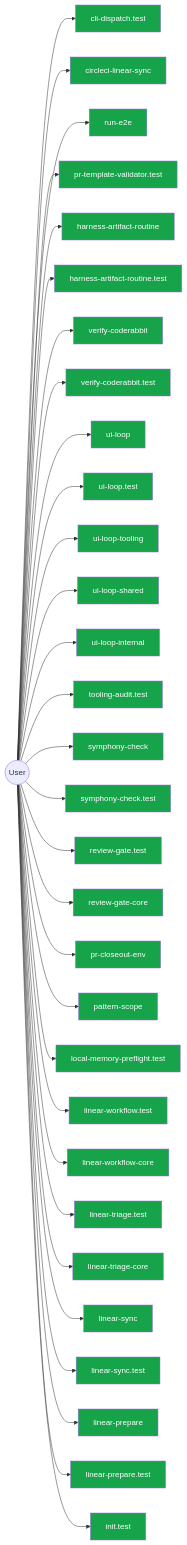
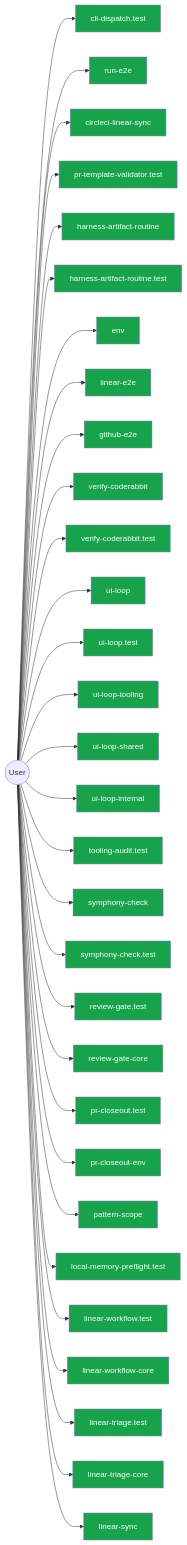
Before and after one commit to jscraik/coding-harness: diagram 14 of 14 in AI/context/diagram-context.md, drawn with Mermaid. The commit also changed other lines of this file and 4 other files, not shown here.

````diff
--- a/AI/context/diagram-context.md
+++ b/AI/context/diagram-context.md
@@ -2022,67 +2045,67 @@
 ```mermaid
 flowchart LR
   User(("User"))
   cli_dispatch_test_54c9f17b["cli-dispatch.test"]
   User --> cli_dispatch_test_54c9f17b
+  run_e2e_39efe696["run-e2e"]
+  User --> run_e2e_39efe696
   circleci_linear_sync_19c0d6da["circleci-linear-sync"]
   User --> circleci_linear_sync_19c0d6da
-  run_e2e_39efe696["run-e2e"]
-  User --> run_e2e_39efe696
   pr_template_validator_test_569b1cef["pr-template-validator.test"]
   User --> pr_template_validator_test_569b1cef
   harness_artifact_routine_17afacff["harness-artifact-routine"]
   User --> harness_artifact_routine_17afacff
   harness_artifact_routine_test_299f387d["harness-artifact-routine.test"]
   User --> harness_artifact_routine_test_299f387d
+  env_b77349bf["env"]
+  User --> env_b77349bf
+  linear_e2e_decf3708["linear-e2e"]
+  User --> linear_e2e_decf3708
+  github_e2e_2891a341["github-e2e"]
+  User --> github_e2e_2891a341
   verify_coderabbit_490b4e71["verify-coderabbit"]
   User --> verify_coderabbit_490b4e71
   verify_coderabbit_test_46cfcf29["verify-coderabbit.test"]
   User --> verify_coderabbit_test_46cfcf29
   ui_loop_11660889["ui-loop"]
   User --> ui_loop_11660889
   ui_loop_test_f0eabc42["ui-loop.test"]
   User --> ui_loop_test_f0eabc42
   ui_loop_tooling_12b2d2c7["ui-loop-tooling"]
   User --> ui_loop_tooling_12b2d2c7
   ui_loop_shared_8c83b841["ui-loop-shared"]
   User --> ui_loop_shared_8c83b841
   ui_loop_internal_f2eb8892["ui-loop-internal"]
   User --> ui_loop_internal_f2eb8892
   tooling_audit_test_d2aee28c["tooling-audit.test"]
   User --> tooling_audit_test_d2aee28c
   symphony_check_e97f2ea0["symphony-check"]
   User --> symphony_check_e97f2ea0
   symphony_check_test_6cb33eb2["symphony-check.test"]
   User --> symphony_check_test_6cb33eb2
   review_gate_test_000e2ed6["review-gate.test"]
   User --> review_gate_test_000e2ed6
   review_gate_core_4c8001f9["review-gate-core"]
   User --> review_gate_core_4c8001f9
+  pr_closeout_test_1_be1a0df1["pr-closeout.test"]
+  User --> pr_closeout_test_1_be1a0df1
   pr_closeout_env_9bfcd9ef["pr-closeout-env"]
   User --> pr_closeout_env_9bfcd9ef
   pattern_scope_61ff946d["pattern-scope"]
   User --> pattern_scope_61ff946d
   local_memory_preflight_test_5e323bbf["local-memory-preflight.test"]
   User --> local_memory_preflight_test_5e323bbf
   linear_workflow_test_a351dcb0["linear-workflow.test"]
   User --> linear_workflow_test_a351dcb0
   linear_workflow_core_0e19cff4["linear-workflow-core"]
   User --> linear_workflow_core_0e19cff4
   linear_triage_test_1b75a8b8["linear-triage.test"]
   User --> linear_triage_test_1b75a8b8
   linear_triage_core_7cbca73e["linear-triage-core"]
   User --> linear_triage_core_7cbca73e
   linear_sync_a2fa2bf7["linear-sync"]
   User --> linear_sync_a2fa2bf7
-  linear_sync_test_da1e1eab["linear-sync.test"]
-  User --> linear_sync_test_da1e1eab
-  linear_prepare_0c613ba6["linear-prepare"]
-  User --> linear_prepare_0c613ba6
-  linear_prepare_test_678f11a9["linear-prepare.test"]
-  User --> linear_prepare_test_678f11a9
-  init_test_cbba76a6["init.test"]
-  User --> init_test_cbba76a6
   classDef userNode fill:#16a34a,color:#fff
-  class cli_dispatch_test_54c9f17b,circleci_linear_sync_19c0d6da,run_e2e_39efe696,pr_template_validator_test_569b1cef,harness_artifact_routine_17afacff,harness_artifact_routine_test_299f387d,verify_coderabbit_490b4e71,verify_coderabbit_test_46cfcf29,ui_loop_11660889,ui_loop_test_f0eabc42,ui_loop_tooling_12b2d2c7,ui_loop_shared_8c83b841,ui_loop_internal_f2eb8892,tooling_audit_test_d2aee28c,symphony_check_e97f2ea0,symphony_check_test_6cb33eb2,review_gate_test_000e2ed6,review_gate_core_4c8001f9,pr_closeout_env_9bfcd9ef,pattern_scope_61ff946d,local_memory_preflight_test_5e323bbf,linear_workflow_test_a351dcb0,linear_workflow_core_0e19cff4,linear_triage_test_1b75a8b8,linear_triage_core_7cbca73e,linear_sync_a2fa2bf7,linear_sync_test_da1e1eab,linear_prepare_0c613ba6,linear_prepare_test_678f11a9,init_test_cbba76a6 userNode
+  class cli_dispatch_test_54c9f17b,run_e2e_39efe696,circleci_linear_sync_19c0d6da,pr_template_validator_test_569b1cef,harness_artifact_routine_17afacff,harness_artifact_routine_test_299f387d,env_b77349bf,linear_e2e_decf3708,github_e2e_2891a341,verify_coderabbit_490b4e71,verify_coderabbit_test_46cfcf29,ui_loop_11660889,ui_loop_test_f0eabc42,ui_loop_tooling_12b2d2c7,ui_loop_shared_8c83b841,ui_loop_internal_f2eb8892,tooling_audit_test_d2aee28c,symphony_check_e97f2ea0,symphony_check_test_6cb33eb2,review_gate_test_000e2ed6,review_gate_core_4c8001f9,pr_closeout_test_1_be1a0df1,pr_closeout_env_9bfcd9ef,pattern_scope_61ff946d,local_memory_preflight_test_5e323bbf,linear_workflow_test_a351dcb0,linear_workflow_core_0e19cff4,linear_triage_test_1b75a8b8,linear_triage_core_7cbca73e,linear_sync_a2fa2bf7 userNode
 
 ```
````
